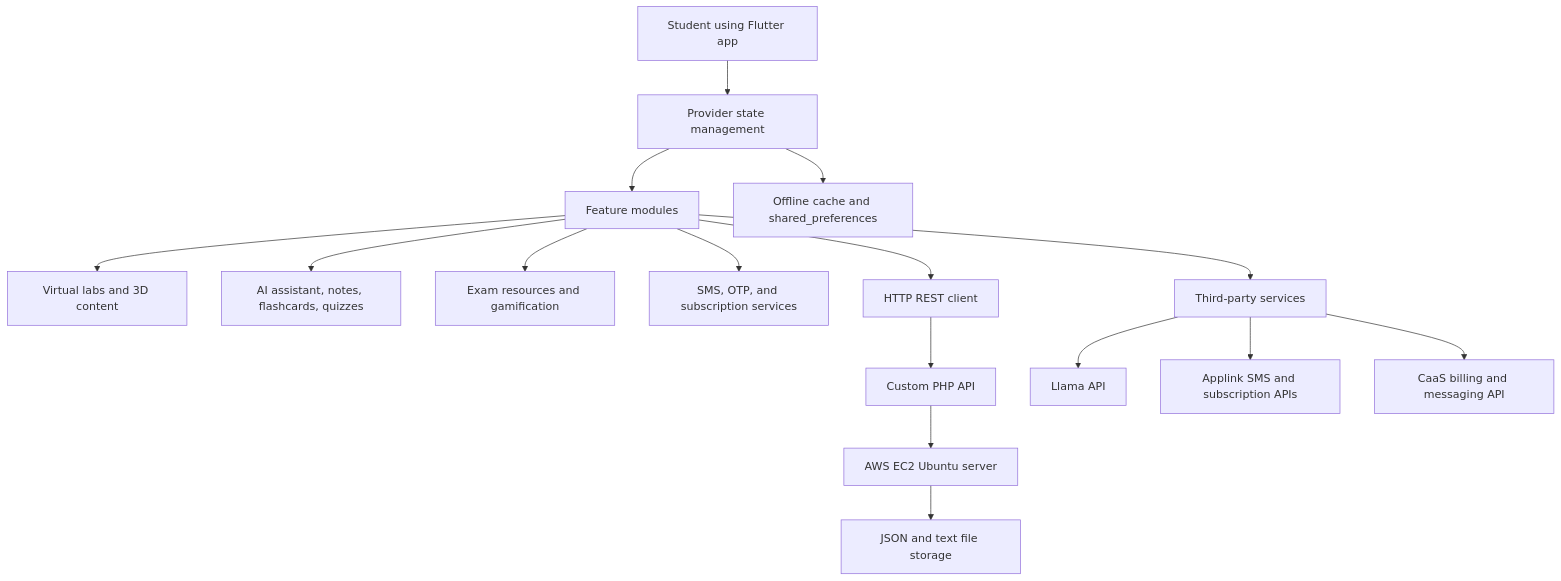
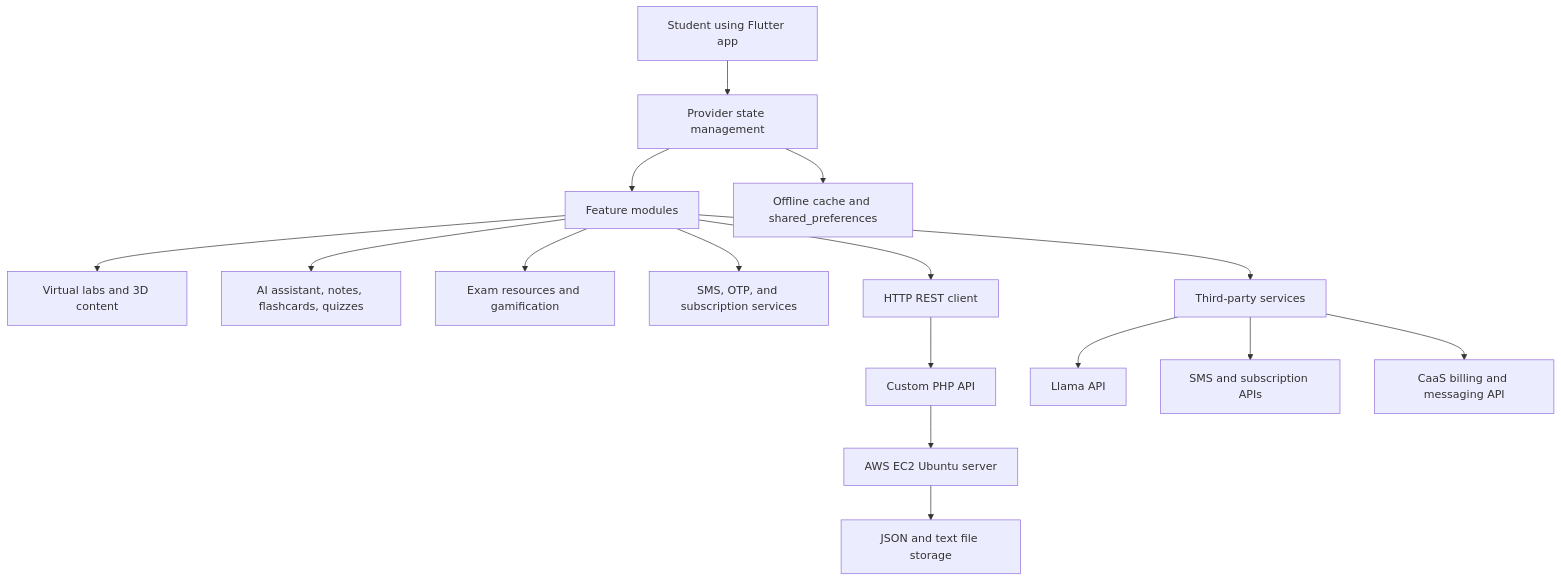
The fifth of 5 diagrams in README.md (adnanmiacse-coder/AmplifyWebsite), drawn with Mermaid before and after one commit. The commit also changed other lines of this file and 1 other file, not shown here.

````diff
--- a/README.md
+++ b/README.md
@@ -807,18 +806,18 @@
 ```mermaid
 flowchart TB
    U[Student using Flutter app] --> P[Provider state management]
    P --> F[Feature modules]
    F --> L[Virtual labs and 3D content]
    F --> AI[AI assistant, notes, flashcards, quizzes]
    F --> E[Exam resources and gamification]
    F --> SMS[SMS, OTP, and subscription services]
    P --> C[Offline cache and shared_preferences]
    F --> H[HTTP REST client]
    H --> PHP[Custom PHP API]
    PHP --> AWS[AWS EC2 Ubuntu server]
    AWS --> FS[JSON and text file storage]
    F --> T[Third-party services]
    T --> LL[Llama API]
-   T --> AP[Applink SMS and subscription APIs]
+   T --> AP[SMS and subscription APIs]
    T --> CAAS[CaaS billing and messaging API]
 ```
````
